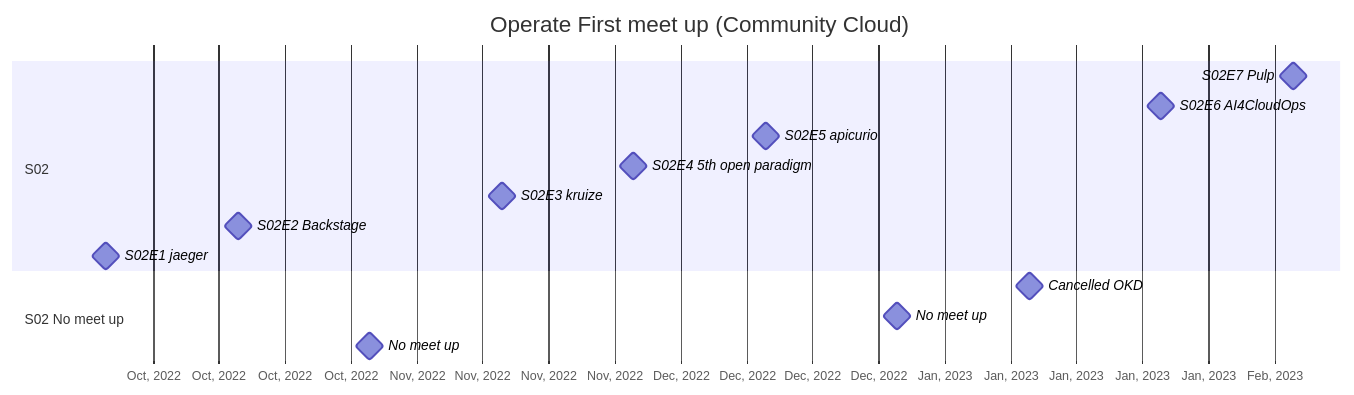
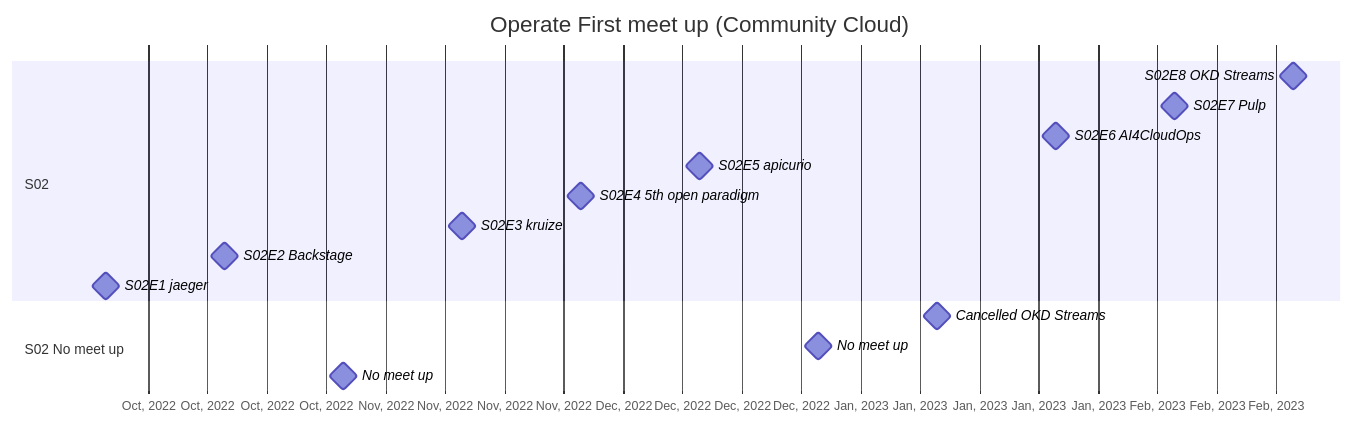
One commit to operate-first/communitycloud-meetup changed the first of 2 diagrams in README.md. Above: the diagram before and after it, drawn with Mermaid. The commit also changed other lines of this file, not shown here.

````diff
--- a/README.md
+++ b/README.md
@@ -15,21 +15,22 @@
 ```mermaid
 gantt
     title Operate First meet up (Community Cloud)
     dateFormat YYYY-MM-DD
     axisFormat %b, %Y
     todayMarker on
     
     section S02
+    S02E8 OKD Streams       :milestone, S02E07, 2023-02-21, 1h
     S02E7 Pulp              :milestone, S02E07, 2023-02-07, 1h
     S02E6 AI4CloudOps       :milestone, S02E06, 2023-01-24, 1h
     S02E5 apicurio          :milestone, S02E05, 2022-12-13, 1h
     S02E4 5th open paradigm :milestone, S02E04, 2022-11-29, 1h
     S02E3 kruize            :milestone, S02E03, 2022-11-15, 1h
     S02E2 Backstage         :milestone, S02E02, 2022-10-18, 1h
     S02E1 jaeger            :milestone, S02E01, 2022-10-04, 1h
     
     section S02 No meet up
-    Cancelled OKD           :milestone, S02N03, 2023-01-10, 1h
+    Cancelled OKD Streams   :milestone, S02N03, 2023-01-10, 1h
     No meet up              :milestone, S02N02, 2022-12-27, 1h
     No meet up              :milestone, S02N01, 2022-11-01, 1h
 ```
````
